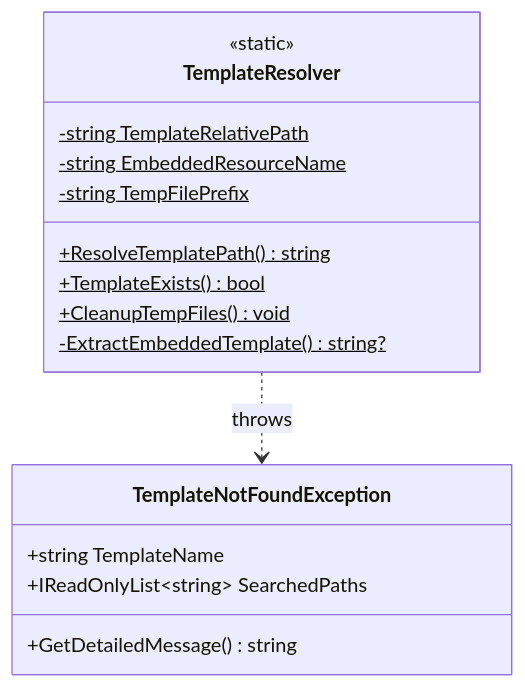
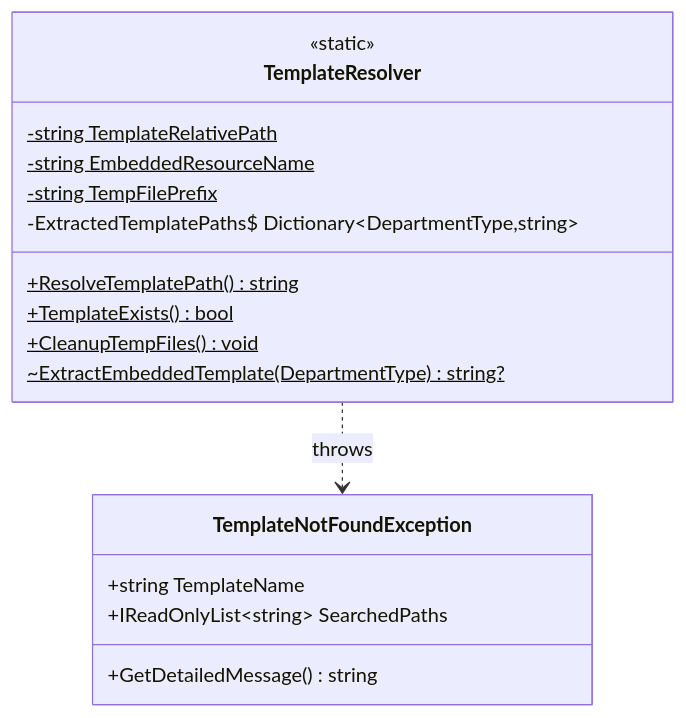
One commit to kuwayamamasayuki/ICCardManager changed diagram 21 of 52 in ICCardManager/docs/design/05_クラス設計書.md. Above: the diagram before and after it, drawn with Mermaid. The commit also changed other lines of this file and 7 other files, not shown here.

````diff
--- a/ICCardManager/docs/design/05_クラス設計書.md
+++ b/ICCardManager/docs/design/05_クラス設計書.md
@@ -1785,21 +1785,22 @@
 ```mermaid
 classDiagram
     class TemplateResolver {
         <<static>>
         -string TemplateRelativePath$
         -string EmbeddedResourceName$
         -string TempFilePrefix$
         +ResolveTemplatePath()$ string
         +TemplateExists()$ bool
         +CleanupTempFiles()$ void
-        -ExtractEmbeddedTemplate()$ string?
+        ~ExtractEmbeddedTemplate(DepartmentType)$ string?
+        -ExtractedTemplatePaths$ Dictionary~DepartmentType,string~
     }
 
     class TemplateNotFoundException {
         +string TemplateName
         +IReadOnlyList~string~ SearchedPaths
         +GetDetailedMessage() string
     }
 
     TemplateResolver ..> TemplateNotFoundException : throws
 ```
````
